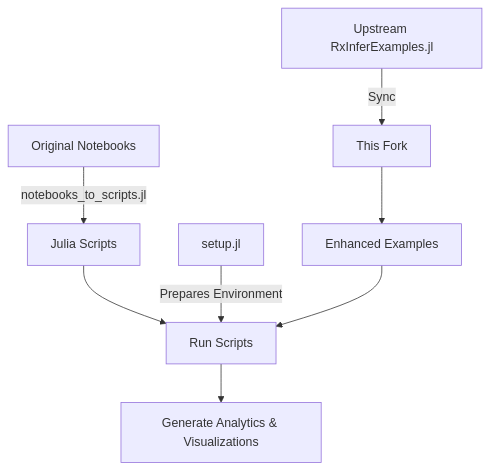
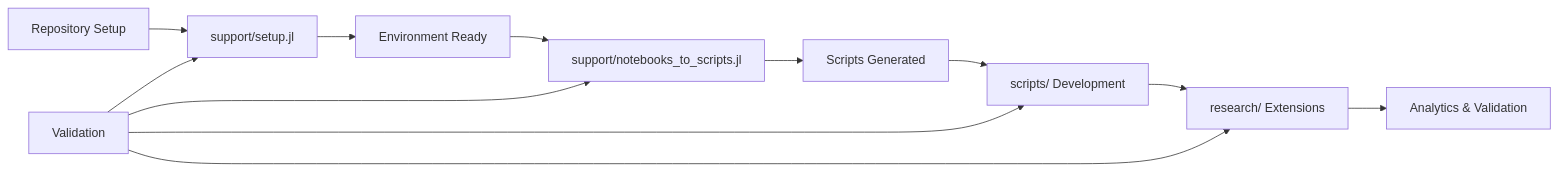
The second of 5 diagrams in support/Support_README.md (ReactiveBayes/RxInferExamples.jl), drawn with Mermaid before and after one commit. The commit also changed other lines of this file and 49 other files, not shown here.

````diff
--- a/support/Support_README.md
+++ b/support/Support_README.md
@@ -17,10 +123,15 @@
 ```mermaid
-graph TD
-    A[Original Notebooks] -->|notebooks_to_scripts.jl| B[Julia Scripts]
-    B --> C[Run Scripts]
-    C --> D[Generate Analytics & Visualizations]
-    E[setup.jl] -->|Prepares Environment| C
-    F[Upstream RxInferExamples.jl] -->|Sync| G[This Fork]
-    G --> H[Enhanced Examples]
-    H --> C
+graph LR
+    A[Repository Setup] --> B[support/setup.jl]
+    B --> C[Environment Ready]
+    C --> D[support/notebooks_to_scripts.jl]
+    D --> E[Scripts Generated]
+    E --> F[scripts/ Development]
+    F --> G[research/ Extensions]
+    G --> H[Analytics & Validation]
+
+    I[Validation] --> B
+    I --> D
+    I --> F
+    I --> G
 ```
````
